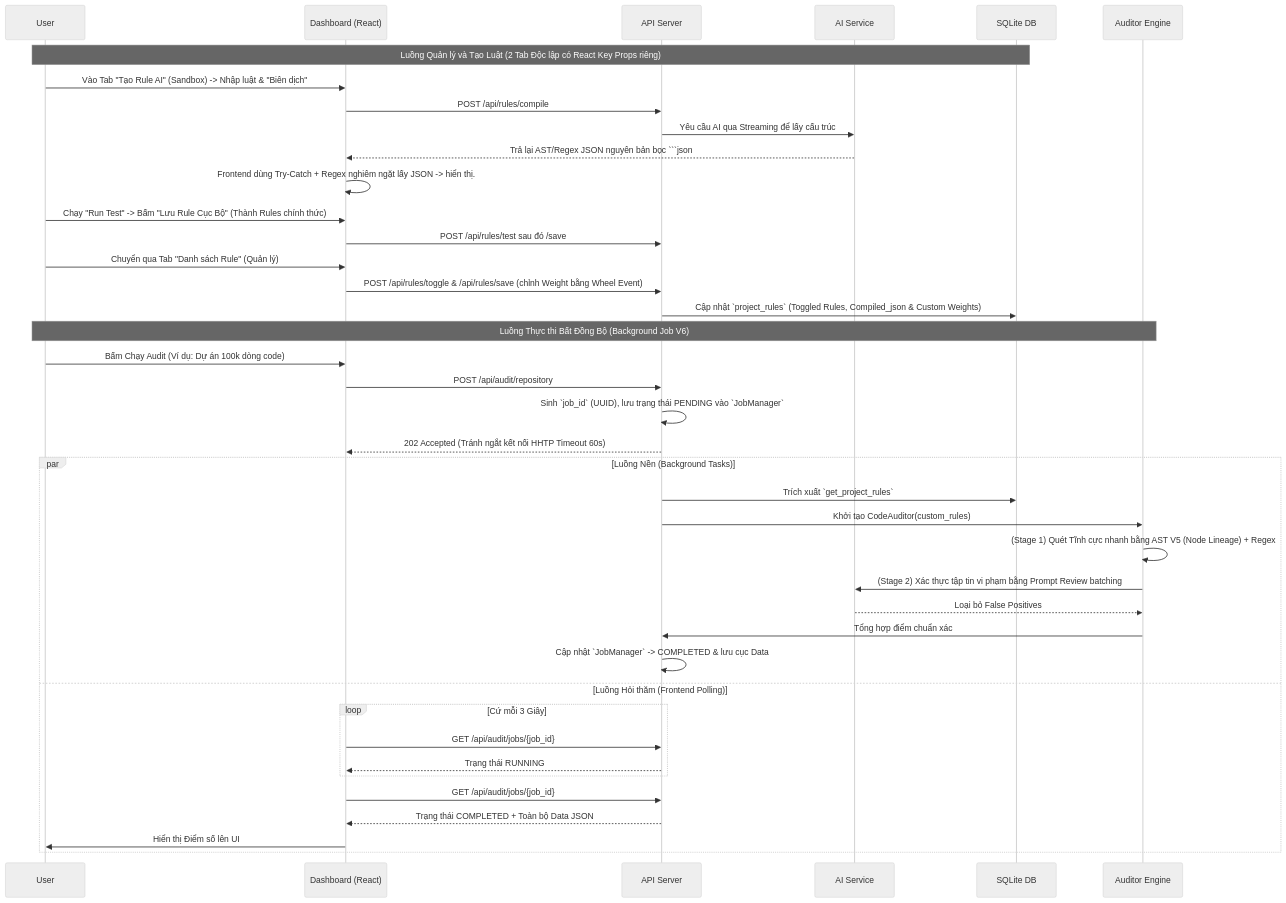
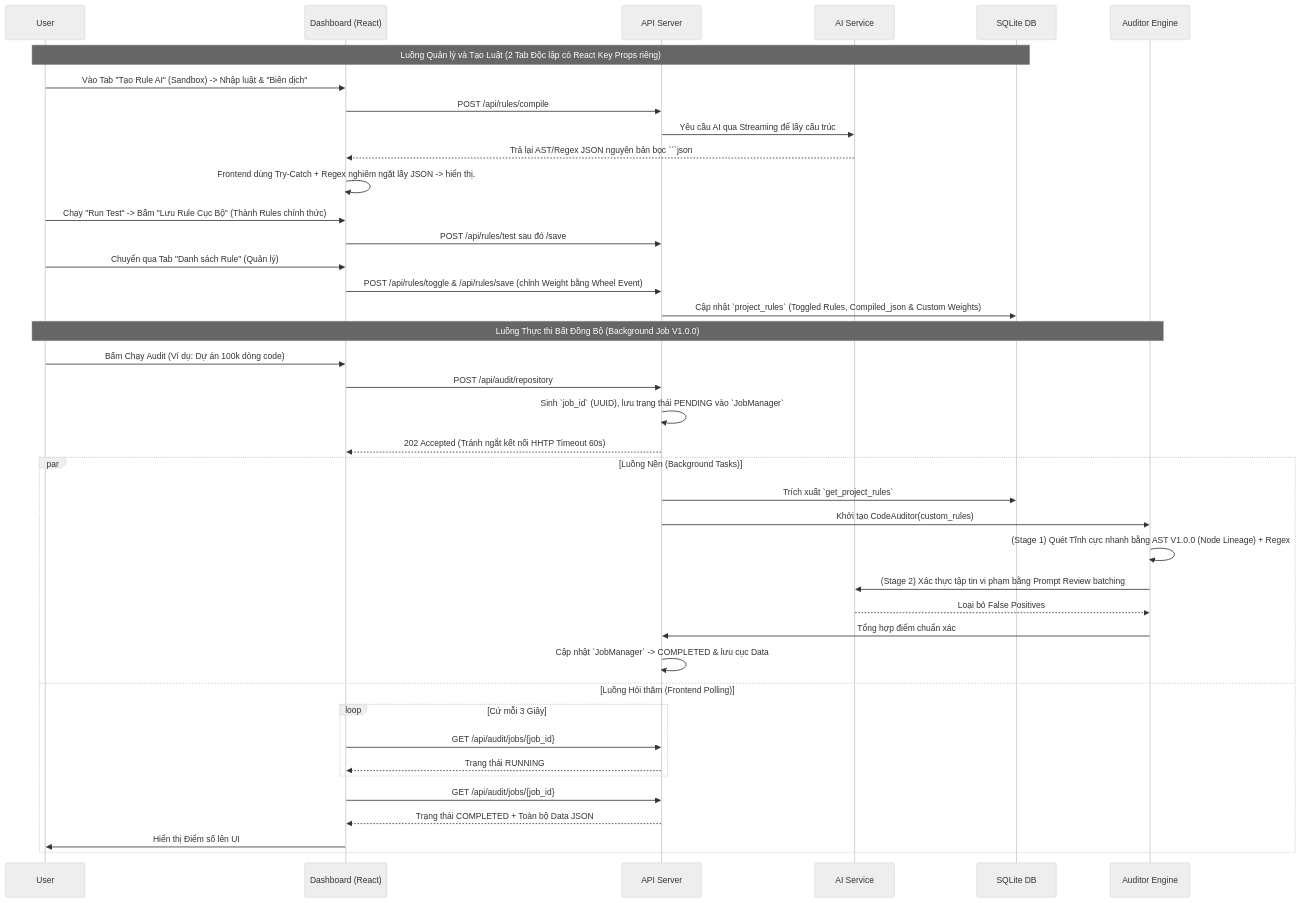
The diagram in docs/architecture/nlre_engine.md (LongKunno/check_project), drawn with Mermaid (neutral theme) before and after one commit. The commit also changed other lines of this file and 25 other files, not shown here.

````diff
--- a/docs/architecture/nlre_engine.md
+++ b/docs/architecture/nlre_engine.md
@@ -6,47 +6,47 @@
 ```mermaid
 sequenceDiagram
     participant User
     participant Dashboard (React)
     participant API Server
     participant AI Service
     participant SQLite DB
     participant Auditor Engine
 
     %% Flow cấu hình & test
     Note over User, SQLite DB: Luồng Quản lý và Tạo Luật (2 Tab Độc lập có React Key Props riêng)
     User->>Dashboard (React): Vào Tab "Tạo Rule AI" (Sandbox) -> Nhập luật & "Biên dịch"
     Dashboard (React)->>API Server: POST /api/rules/compile
     API Server->>AI Service: Yêu cầu AI qua Streaming để lấy cấu trúc
     AI Service-->>Dashboard (React): Trả lại AST/Regex JSON nguyên bản bọc ```json
     Dashboard (React)->>Dashboard (React): Frontend dùng Try-Catch + Regex nghiêm ngặt lấy JSON -> hiển thị.
     User->>Dashboard (React): Chạy "Run Test" -> Bấm "Lưu Rule Cục Bộ" (Thành Rules chính thức)
     Dashboard (React)->>API Server: POST /api/rules/test sau đó /save
     User->>Dashboard (React): Chuyển qua Tab "Danh sách Rule" (Quản lý)
     Dashboard (React)->>API Server: POST /api/rules/toggle & /api/rules/save (chỉnh Weight bằng Wheel Event)
     API Server->>SQLite DB: Cập nhật `project_rules` (Toggled Rules, Compiled_json & Custom Weights)
 
-    %% Flow kiểm toán Two-stage (Asynchronous V6)
-    Note over User, Auditor Engine: Luồng Thực thi Bất Đồng Bộ (Background Job V6)
+    %% Flow kiểm toán Two-stage (Asynchronous V1.0.0)
+    Note over User, Auditor Engine: Luồng Thực thi Bất Đồng Bộ (Background Job V1.0.0)
     User->>Dashboard (React): Bấm Chạy Audit (Ví dụ: Dự án 100k dòng code)
     Dashboard (React)->>API Server: POST /api/audit/repository
     API Server->>API Server: Sinh `job_id` (UUID), lưu trạng thái PENDING vào `JobManager`
     API Server-->>Dashboard (React): 202 Accepted (Tránh ngắt kết nối HHTP Timeout 60s)
     
     par Luồng Nền (Background Tasks)
         API Server->>SQLite DB: Trích xuất `get_project_rules` 
         API Server->>Auditor Engine: Khởi tạo CodeAuditor(custom_rules)
-        Auditor Engine->>Auditor Engine: (Stage 1) Quét Tĩnh cực nhanh bằng AST V5 (Node Lineage) + Regex
+        Auditor Engine->>Auditor Engine: (Stage 1) Quét Tĩnh cực nhanh bằng AST V1.0.0 (Node Lineage) + Regex
         Auditor Engine->>AI Service: (Stage 2) Xác thực tập tin vi phạm bằng Prompt Review batching
         AI Service-->>Auditor Engine: Loại bỏ False Positives
         Auditor Engine->>API Server: Tổng hợp điểm chuẩn xác
         API Server->>API Server: Cập nhật `JobManager` -> COMPLETED & lưu cục Data
     and Luồng Hỏi thăm (Frontend Polling)
         loop Cứ mỗi 3 Giây
             Dashboard (React)->>API Server: GET /api/audit/jobs/{job_id}
             API Server-->>Dashboard (React): Trạng thái RUNNING
         end
         Dashboard (React)->>API Server: GET /api/audit/jobs/{job_id}
         API Server-->>Dashboard (React): Trạng thái COMPLETED + Toàn bộ Data JSON
         Dashboard (React)->>User: Hiển thị Điểm số lên UI
     end
 ```
````
